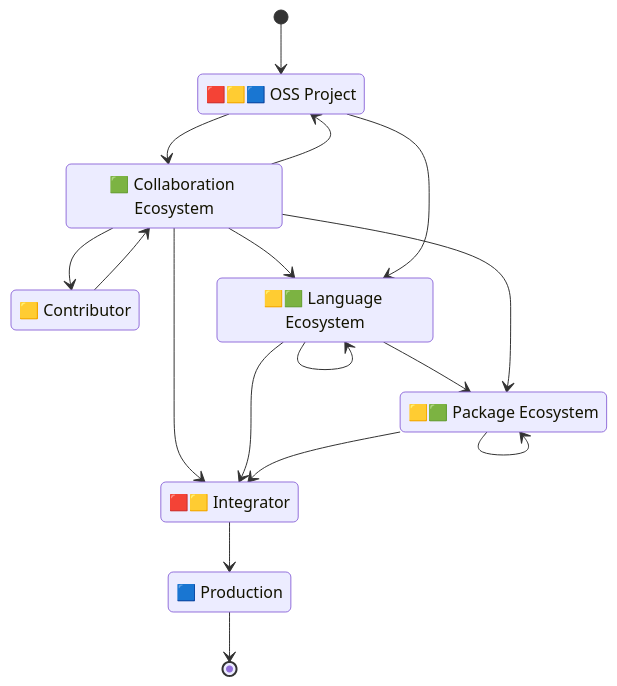
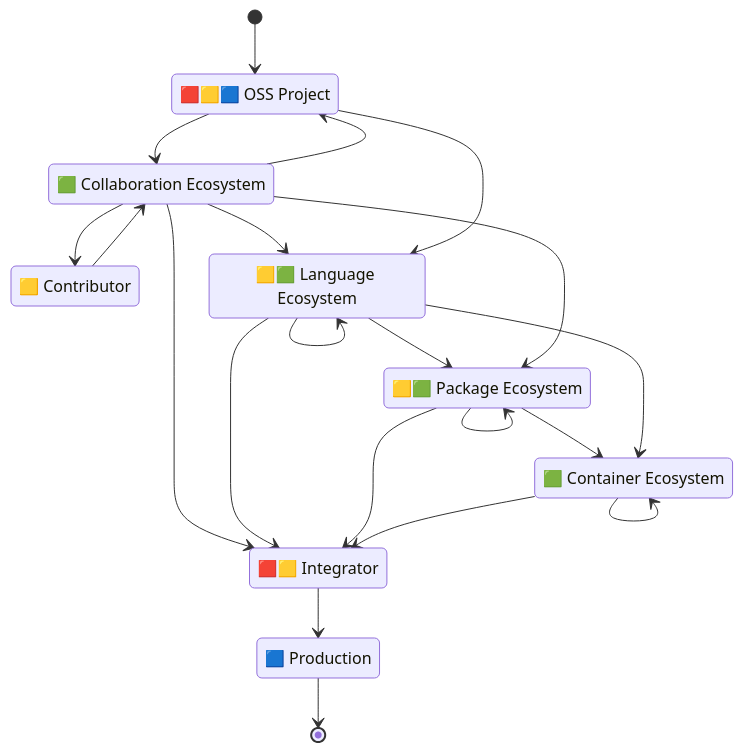
One commit to CPAN-Security/security.metacpan.org changed the first of 5 diagrams in docs/supplychain-sbom.md. Above: the diagram before and after it, drawn with Mermaid. The commit also changed other lines of this file, not shown here.

````diff
--- a/docs/supplychain-sbom.md
+++ b/docs/supplychain-sbom.md
@@ -57,32 +57,37 @@
 ```mermaid
 stateDiagram-v2
     direction TB
 
     state "🟥🟨🟦 OSS Project" as environment_project
     state "🟨 Contributor" as environment_contributor
-    state "🟩 Collaboration Ecosystem" as ecosystem_repo
+    state "🟩&nbsp;Collaboration&nbsp;Ecosystem" as ecosystem_forge
     state "🟨🟩 Language Ecosystem" as ecosystem_lang
     state "🟨🟩 Package Ecosystem" as ecosystem_package
+    state "🟩 Container Ecosystem" as ecosystem_container
     state "🟥🟨 Integrator" as environment_integrator
     state "🟦 Production" as environment_prod
 
     [*]                      --> environment_project
-    ecosystem_repo           --> environment_project
-    ecosystem_repo           --> environment_contributor
-    ecosystem_repo           --> ecosystem_lang
-    environment_project      --> ecosystem_repo
+    ecosystem_forge          --> environment_project
+    ecosystem_forge          --> environment_contributor
+    ecosystem_forge          --> ecosystem_lang
+    environment_project      --> ecosystem_forge
     environment_project      --> ecosystem_lang
-    environment_contributor  --> ecosystem_repo
+    environment_contributor  --> ecosystem_forge
     ecosystem_lang           --> ecosystem_package
-    ecosystem_repo           --> ecosystem_package
-    ecosystem_repo           --> environment_integrator
+    ecosystem_forge          --> ecosystem_package
+    ecosystem_package        --> ecosystem_package
+    ecosystem_lang           --> ecosystem_lang
+    ecosystem_package        --> ecosystem_container
+    ecosystem_container      --> ecosystem_container
+    ecosystem_forge          --> environment_integrator
     ecosystem_lang           --> environment_integrator
+    ecosystem_lang           --> ecosystem_container
     ecosystem_package        --> environment_integrator
-    ecosystem_lang           --> ecosystem_lang
-    ecosystem_package        --> ecosystem_package
+    ecosystem_container      --> environment_integrator
     environment_integrator   --> environment_prod
     environment_prod         --> [*]
 
     %% Copyright © 2024 Salve J. Nilsen <sjn@oslo.pm>
     %% Some rights reserved. Licensed CC-BY-SA-4.0
 ```
````
